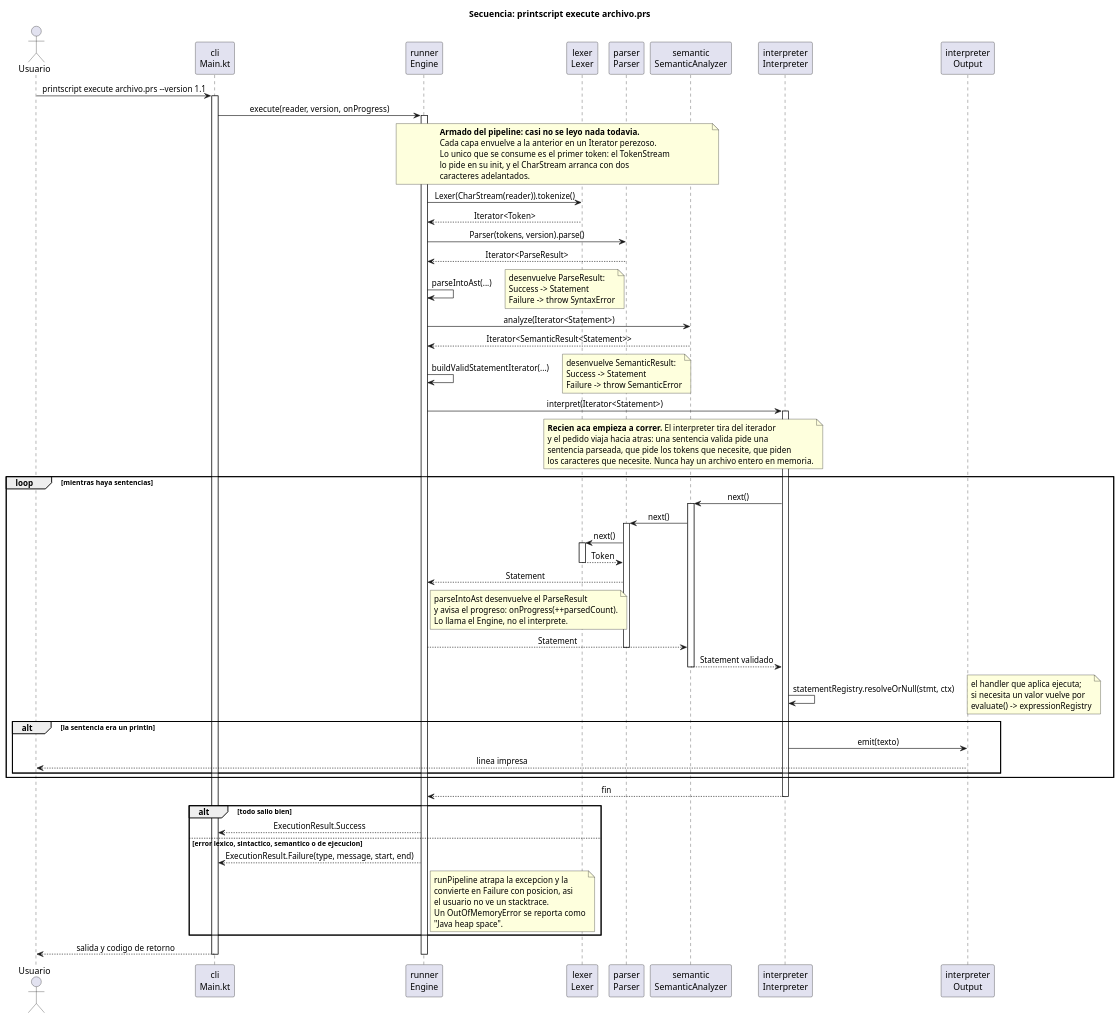
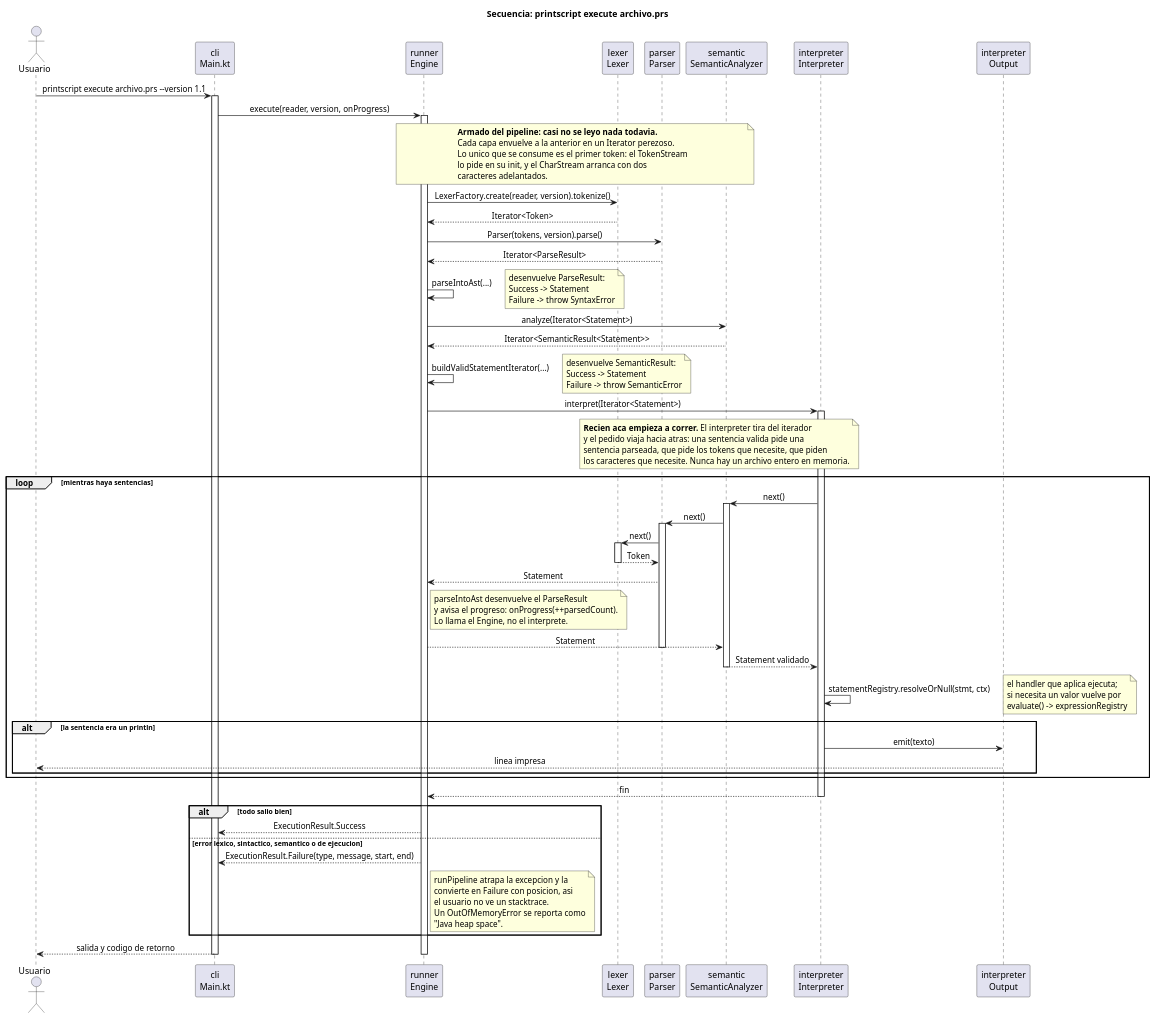
One commit to Ingsis-printscript-grupo3/printscript changed the diagram in docs/secuencia-ejecucion.puml. Above: the diagram before and after it, drawn with PlantUML. The commit also changed 24 other files, not shown here.

First line of the commit message:
refactor: el lexer arma sus keywords por version y se borra SemanticRules

```diff
--- a/docs/secuencia-ejecucion.puml
+++ b/docs/secuencia-ejecucion.puml
@@ -1,104 +1,104 @@
 @startuml PrintScript_Secuencia_Ejecucion
 
 title Secuencia: printscript execute archivo.prs
 
 skinparam sequenceMessageAlign center
 
 actor Usuario
 participant "cli\nMain.kt" as CLI
 participant "runner\nEngine" as ENGINE
 participant "lexer\nLexer" as LEXER
 participant "parser\nParser" as PARSER
 participant "semantic\nSemanticAnalyzer" as SEMANTIC
 participant "interpreter\nInterpreter" as INTERPRETER
 participant "interpreter\nOutput" as OUTPUT
 
 Usuario -> CLI : printscript execute archivo.prs --version 1.1
 activate CLI
 
 CLI -> ENGINE : execute(reader, version, onProgress)
 activate ENGINE
 
 note over ENGINE, SEMANTIC
   <b>Armado del pipeline: casi no se leyo nada todavia.</b>
   Cada capa envuelve a la anterior en un Iterator perezoso.
   Lo unico que se consume es el primer token: el TokenStream
   lo pide en su init, y el CharStream arranca con dos
   caracteres adelantados.
 end note
 
-ENGINE -> LEXER : Lexer(CharStream(reader)).tokenize()
+ENGINE -> LEXER : LexerFactory.create(reader, version).tokenize()
 LEXER --> ENGINE : Iterator<Token>
 
 ENGINE -> PARSER : Parser(tokens, version).parse()
 PARSER --> ENGINE : Iterator<ParseResult>
 
 ENGINE -> ENGINE : parseIntoAst(...)
 note right: desenvuelve ParseResult:\nSuccess -> Statement\nFailure -> throw SyntaxError
 
 ENGINE -> SEMANTIC : analyze(Iterator<Statement>)
 SEMANTIC --> ENGINE : Iterator<SemanticResult<Statement>>
 
 ENGINE -> ENGINE : buildValidStatementIterator(...)
 note right: desenvuelve SemanticResult:\nSuccess -> Statement\nFailure -> throw SemanticError
 
 ENGINE -> INTERPRETER : interpret(Iterator<Statement>)
 activate INTERPRETER
 
 note over LEXER, INTERPRETER
   <b>Recien aca empieza a correr.</b> El interpreter tira del iterador
   y el pedido viaja hacia atras: una sentencia valida pide una
   sentencia parseada, que pide los tokens que necesite, que piden
   los caracteres que necesite. Nunca hay un archivo entero en memoria.
 end note
 
 loop mientras haya sentencias
   INTERPRETER -> SEMANTIC : next()
   activate SEMANTIC
   SEMANTIC -> PARSER : next()
   activate PARSER
   PARSER -> LEXER : next()
   activate LEXER
   LEXER --> PARSER : Token
   deactivate LEXER
   PARSER --> ENGINE : Statement
   note right of ENGINE
     parseIntoAst desenvuelve el ParseResult
     y avisa el progreso: onProgress(++parsedCount).
     Lo llama el Engine, no el interprete.
   end note
   ENGINE --> SEMANTIC : Statement
   deactivate PARSER
   SEMANTIC --> INTERPRETER : Statement validado
   deactivate SEMANTIC
 
   INTERPRETER -> INTERPRETER : statementRegistry.resolveOrNull(stmt, ctx)
   note right: el handler que aplica ejecuta;\nsi necesita un valor vuelve por\nevaluate() -> expressionRegistry
 
   alt la sentencia era un println
     INTERPRETER -> OUTPUT : emit(texto)
     OUTPUT --> Usuario : linea impresa
   end
 end
 
 INTERPRETER --> ENGINE : fin
 deactivate INTERPRETER
 
 alt todo salio bien
   ENGINE --> CLI : ExecutionResult.Success
 else error lexico, sintactico, semantico o de ejecucion
   ENGINE --> CLI : ExecutionResult.Failure(type, message, start, end)
   note right of ENGINE
     runPipeline atrapa la excepcion y la
     convierte en Failure con posicion, asi
     el usuario no ve un stacktrace.
     Un OutOfMemoryError se reporta como
     "Java heap space".
   end note
 end
 
 CLI --> Usuario : salida y codigo de retorno
 deactivate ENGINE
 deactivate CLI
 
 @enduml
```
